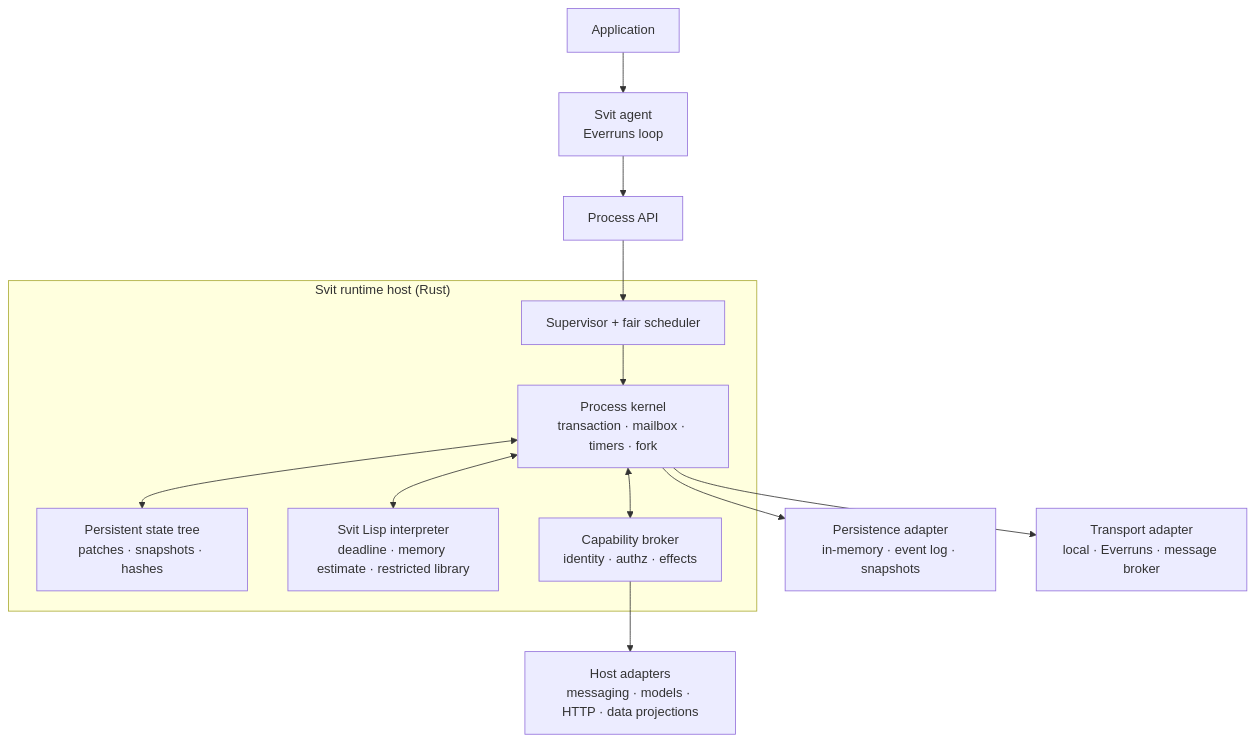
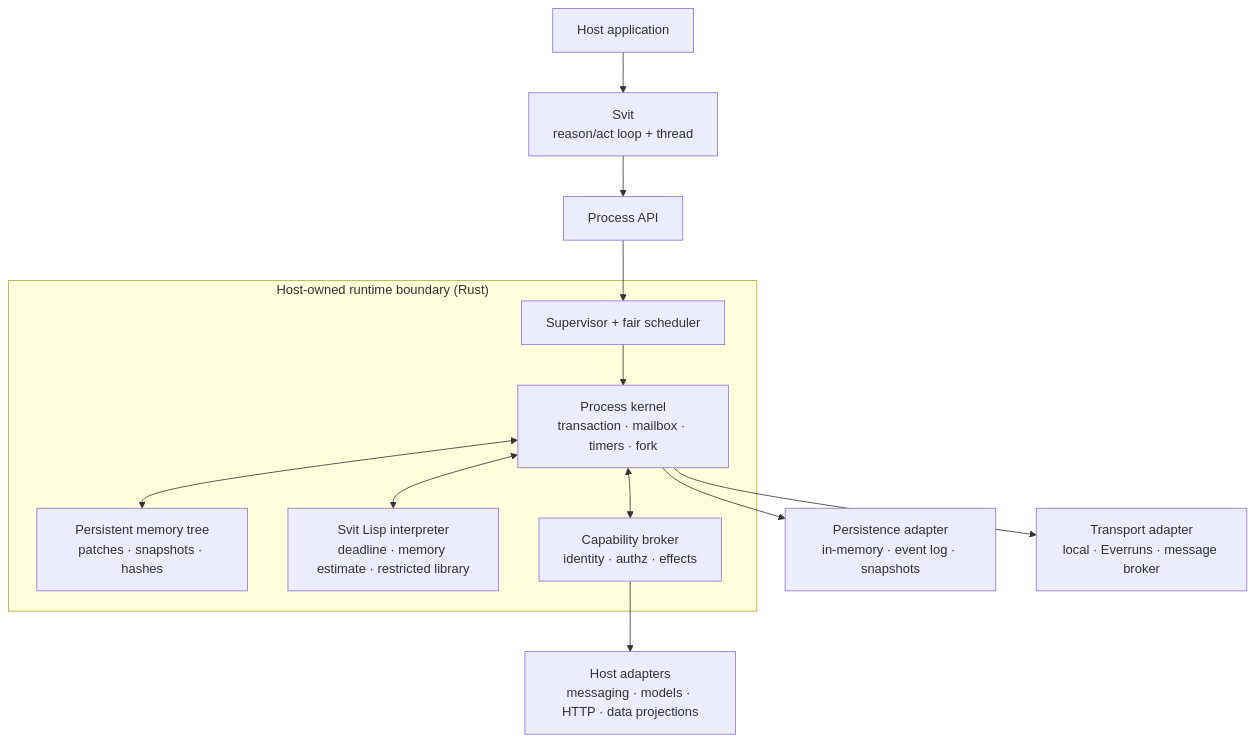
The diagram in knowledge/research/proposal.md (everruns/svit), drawn with Mermaid before and after one commit. The commit also changed other lines of this file and 18 other files, not shown here.

````diff
--- a/knowledge/research/proposal.md
+++ b/knowledge/research/proposal.md
@@ -146,22 +150,22 @@
 ```mermaid
 flowchart TB
-    Application["Application"] --> Agent["Svit agent\nEverruns loop"]
-    Agent --> API["Process API"]
+    Application["Host application"] --> Svit["Svit\nreason/act loop + thread"]
+    Svit --> API["Process API"]
 
-    subgraph Host["Svit runtime host (Rust)"]
+    subgraph Host["Host-owned runtime boundary (Rust)"]
         Supervisor["Supervisor + fair scheduler"]
         Kernel["Process kernel\ntransaction · mailbox · timers · fork"]
-        State["Persistent state tree\npatches · snapshots · hashes"]
+        State["Persistent memory tree\npatches · snapshots · hashes"]
         VM["Svit Lisp interpreter\ndeadline · memory estimate · restricted library"]
         Broker["Capability broker\nidentity · authz · effects"]
         Supervisor --> Kernel
         Kernel <--> State
         Kernel <--> VM
         Kernel <--> Broker
     end
 
     API --> Supervisor
     Broker --> Adapters["Host adapters\nmessaging · models · HTTP · data projections"]
     Kernel --> Store["Persistence adapter\nin-memory · event log · snapshots"]
     Kernel --> Transport["Transport adapter\nlocal · Everruns · message broker"]
 ```
````
